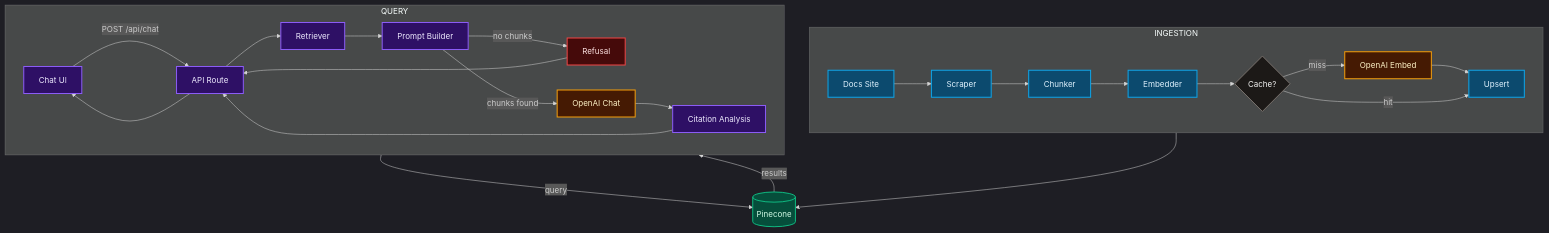
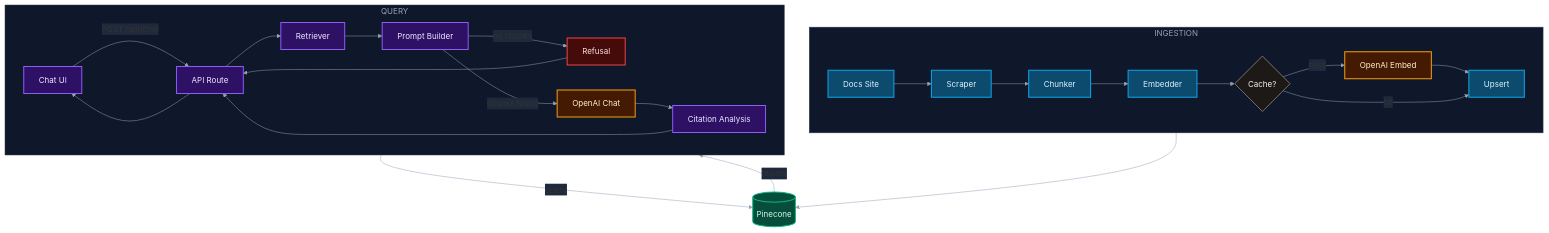
The diagram in README.md (farookisonfire/Friday-Doc-Assistant), drawn with Mermaid before and after one commit.

Commit message:
fix: use base theme with themeVariables for Mermaid diagram

````diff
--- a/README.md
+++ b/README.md
@@ -32,34 +32,34 @@
 ```mermaid
-%%{init: {'theme': 'dark'}}%%
+%%{init: {'theme': 'base', 'themeVariables': {'lineColor': '#94a3b8', 'clusterBkg': '#0f172a', 'clusterBorder': '#334155', 'titleColor': '#94a3b8', 'edgeLabelBackground': '#1e293b', 'background': '#0f172a'}}}%%
 flowchart TD
 
     classDef ingestion fill:#0c4a6e,stroke:#0ea5e9,color:#e0f2fe,stroke-width:2px
     classDef query fill:#2e1065,stroke:#8b5cf6,color:#ede9fe,stroke-width:2px
     classDef openai fill:#451a03,stroke:#f59e0b,color:#fef3c7,stroke-width:2px
     classDef pinecone fill:#064e3b,stroke:#10b981,color:#d1fae5,stroke-width:2px
     classDef decision fill:#1c1917,stroke:#78716c,color:#f5f5f4,stroke-width:2px
     classDef refusal fill:#450a0a,stroke:#ef4444,color:#fee2e2,stroke-width:2px
 
     PC[(Pinecone)]:::pinecone
 
     subgraph ING["  INGESTION  "]
         direction LR
         A[Docs Site]:::ingestion --> B[Scraper]:::ingestion --> C[Chunker]:::ingestion --> D[Embedder]:::ingestion
         D --> E{Cache?}:::decision
         E -->|miss| F[OpenAI Embed]:::openai --> G[Upsert]:::ingestion
         E -->|hit| G
     end
 
     subgraph QRY["  QUERY  "]
         direction LR
         H[Chat UI]:::query -->|POST /api/chat| I[API Route]:::query --> J[Retriever]:::query
         L[Prompt Builder]:::query -->|no chunks| M[Refusal]:::refusal --> I
         L -->|chunks found| N[OpenAI Chat]:::openai --> O[Citation Analysis]:::query --> I
         I --> H
     end
 
     G --> PC
     J -->|query| PC
     PC -->|results| J
     J --> L
 ```
````
